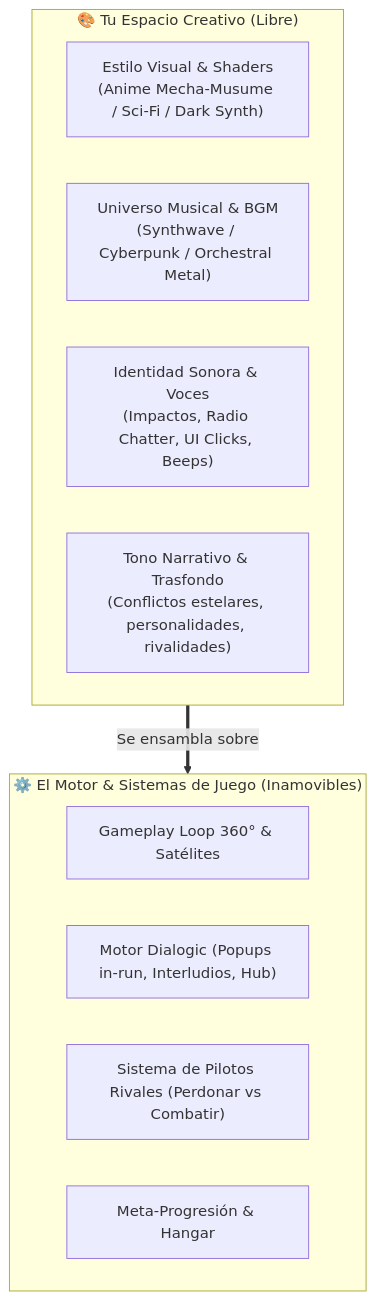
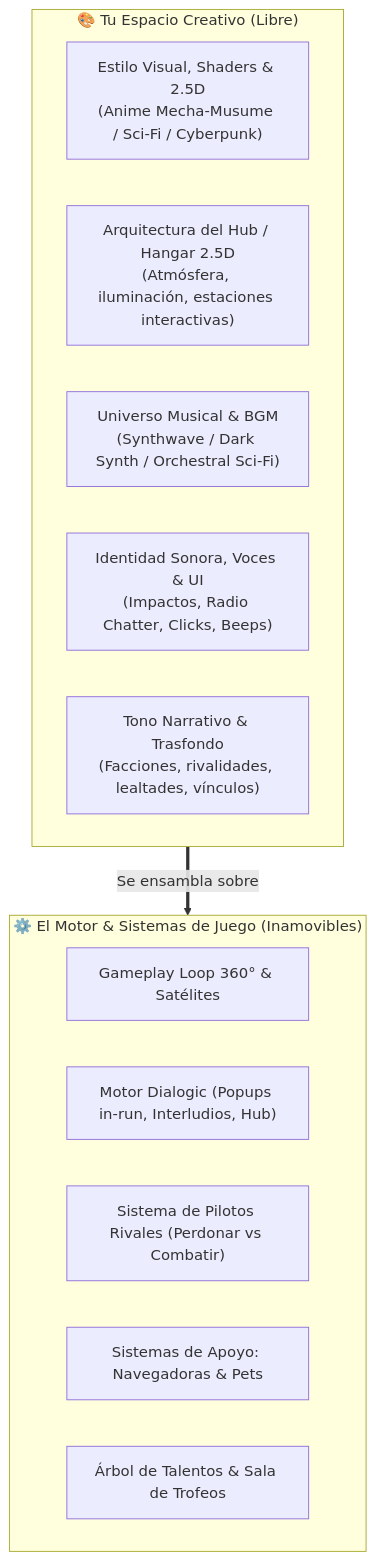
One commit to Ftleyell/astra-dream changed the first of 10 diagrams in docs/art/guia_maestra_estetica_narrativa_y_audio_para_el_artista.md. Above: the diagram before and after it, drawn with Mermaid. The commit also changed other lines of this file, not shown here.

Commit message:
docs(art): expand master guide with 2.5D hub, pets, navigators, talent matrix, trophy hall and UI

````diff
--- a/docs/art/guia_maestra_estetica_narrativa_y_audio_para_el_artista.md
+++ b/docs/art/guia_maestra_estetica_narrativa_y_audio_para_el_artista.md
@@ -11,18 +11,20 @@
 ```mermaid
 flowchart TD
     subgraph TOTAL_LIBERTAD["🎨 Tu Espacio Creativo (Libre)"]
-        ArtStyle["Estilo Visual & Shaders\n(Anime Mecha-Musume / Sci-Fi / Dark Synth)"]
-        MusicUniverse["Universo Musical & BGM\n(Synthwave / Cyberpunk / Orchestral Metal)"]
-        SFX["Identidad Sonora & Voces\n(Impactos, Radio Chatter, UI Clicks, Beeps)"]
-        Lore["Tono Narrativo & Trasfondo\n(Conflictos estelares, personalidades, rivalidades)"]
+        ArtStyle["Estilo Visual, Shaders & 2.5D\n(Anime Mecha-Musume / Sci-Fi / Cyberpunk)"]
+        HubDesign["Arquitectura del Hub / Hangar 2.5D\n(Atmósfera, iluminación, estaciones interactivas)"]
+        MusicUniverse["Universo Musical & BGM\n(Synthwave / Dark Synth / Orchestral Sci-Fi)"]
+        SFX["Identidad Sonora, Voces & UI\n(Impactos, Radio Chatter, Clicks, Beeps)"]
+        Lore["Tono Narrativo & Trasfondo\n(Facciones, rivalidades, lealtades, vínculos)"]
     end
 
     subgraph ENGINE["⚙️ El Motor & Sistemas de Juego (Inamovibles)"]
         Loop["Gameplay Loop 360° & Satélites"]
         DialogicSystem["Motor Dialogic (Popups in-run, Interludios, Hub)"]
         RivalSystem["Sistema de Pilotos Rivales (Perdonar vs Combatir)"]
-        MetaProg["Meta-Progresión & Hangar"]
+        CompanionSystems["Sistemas de Apoyo: Navegadoras & Pets"]
+        MetaProg["Árbol de Talentos & Sala de Trofeos"]
     end
 
     TOTAL_LIBERTAD ==>|Se ensambla sobre| ENGINE
 ```
````
